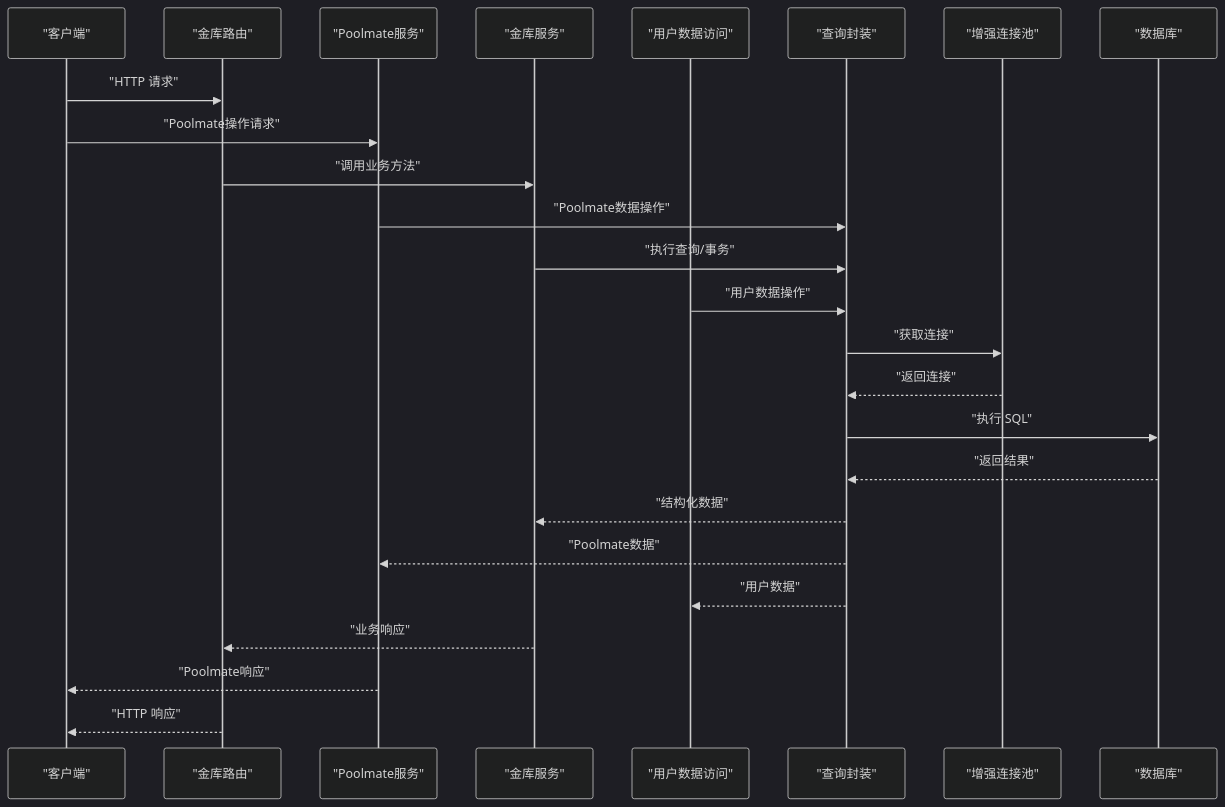
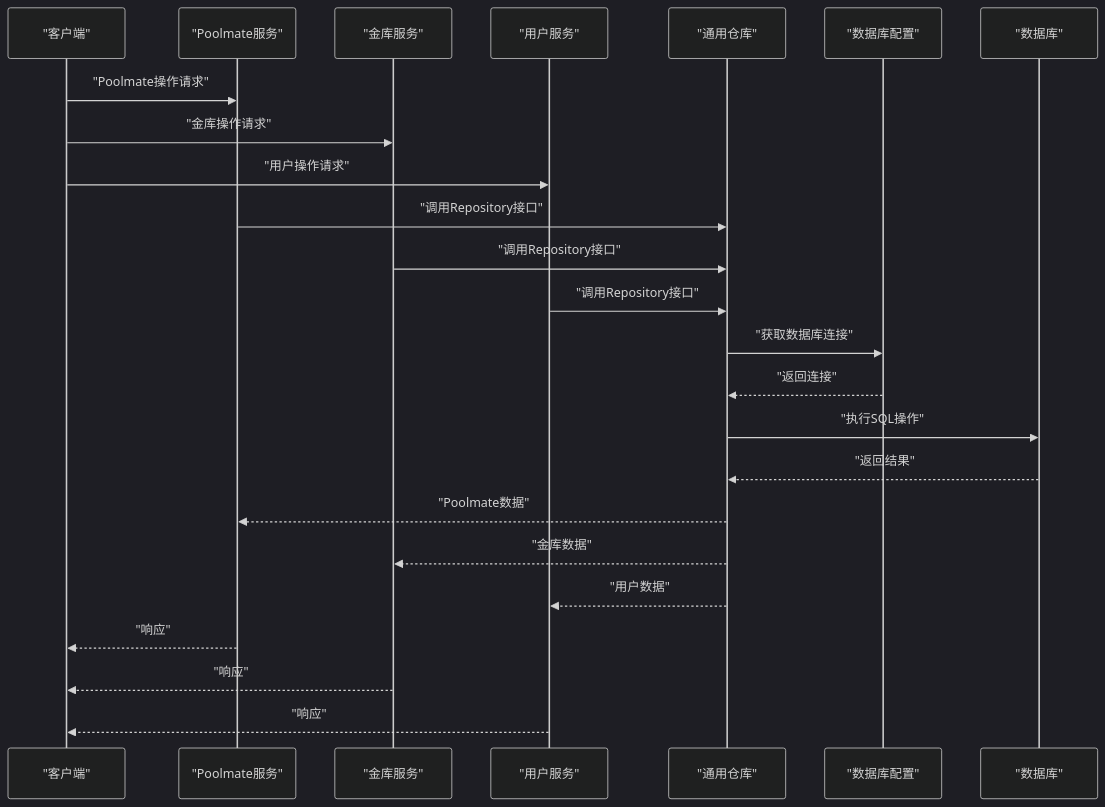
One commit to Maki3991/study-PactLedger changed the second of 4 diagrams in .qoder/repowiki/zh/content/数据流与状态管理/数据持久化层.md. Above: the diagram before and after it, drawn with Mermaid (dark theme). The commit also changed other lines of this file and 8 other files, not shown here.

````diff
--- a/.qoder/repowiki/zh/content/数据流与状态管理/数据持久化层.md
+++ b/.qoder/repowiki/zh/content/数据流与状态管理/数据持久化层.md
@@ -151,27 +107,26 @@
 ```mermaid
 sequenceDiagram
 participant Client as "客户端"
-participant TreasuryRoutes as "金库路由"
 participant PoolmateService as "Poolmate服务"
-participant Service as "金库服务"
-participant WebUsers as "用户数据访问"
-participant Queries as "查询封装"
-participant Pool as "增强连接池"
+participant Treasury as "金库服务"
+participant Users as "用户服务"
+participant Repo as "通用仓库"
+participant DBConfig as "数据库配置"
 participant DB as "数据库"
-Client->>TreasuryRoutes : "HTTP 请求"
 Client->>PoolmateService : "Poolmate操作请求"
-TreasuryRoutes->>Service : "调用业务方法"
-PoolmateService->>Queries : "Poolmate数据操作"
-Service->>Queries : "执行查询/事务"
-WebUsers->>Queries : "用户数据操作"
-Queries->>Pool : "获取连接"
-Pool-->>Queries : "返回连接"
-Queries->>DB : "执行 SQL"
-DB-->>Queries : "返回结果"
-Queries-->>Service : "结构化数据"
-Queries-->>PoolmateService : "Poolmate数据"
-Queries-->>WebUsers : "用户数据"
-Service-->>TreasuryRoutes : "业务响应"
-PoolmateService-->>Client : "Poolmate响应"
-TreasuryRoutes-->>Client : "HTTP 响应"
+Client->>Treasury : "金库操作请求"
+Client->>Users : "用户操作请求"
+PoolmateService->>Repo : "调用Repository接口"
+Treasury->>Repo : "调用Repository接口"
+Users->>Repo : "调用Repository接口"
+Repo->>DBConfig : "获取数据库连接"
+DBConfig-->>Repo : "返回连接"
+Repo->>DB : "执行SQL操作"
+DB-->>Repo : "返回结果"
+Repo-->>PoolmateService : "Poolmate数据"
+Repo-->>Treasury : "金库数据"
+Repo-->>Users : "用户数据"
+PoolmateService-->>Client : "响应"
+Treasury-->>Client : "响应"
+Users-->>Client : "响应"
 ```
````
